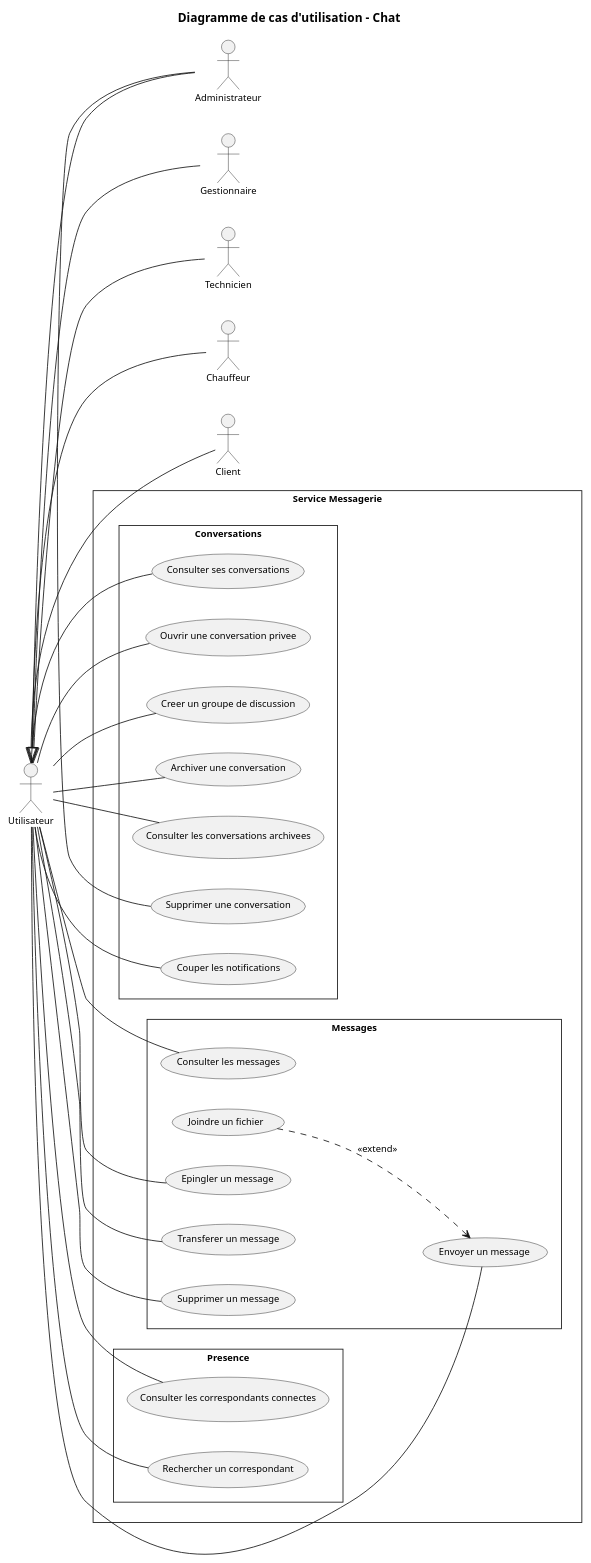
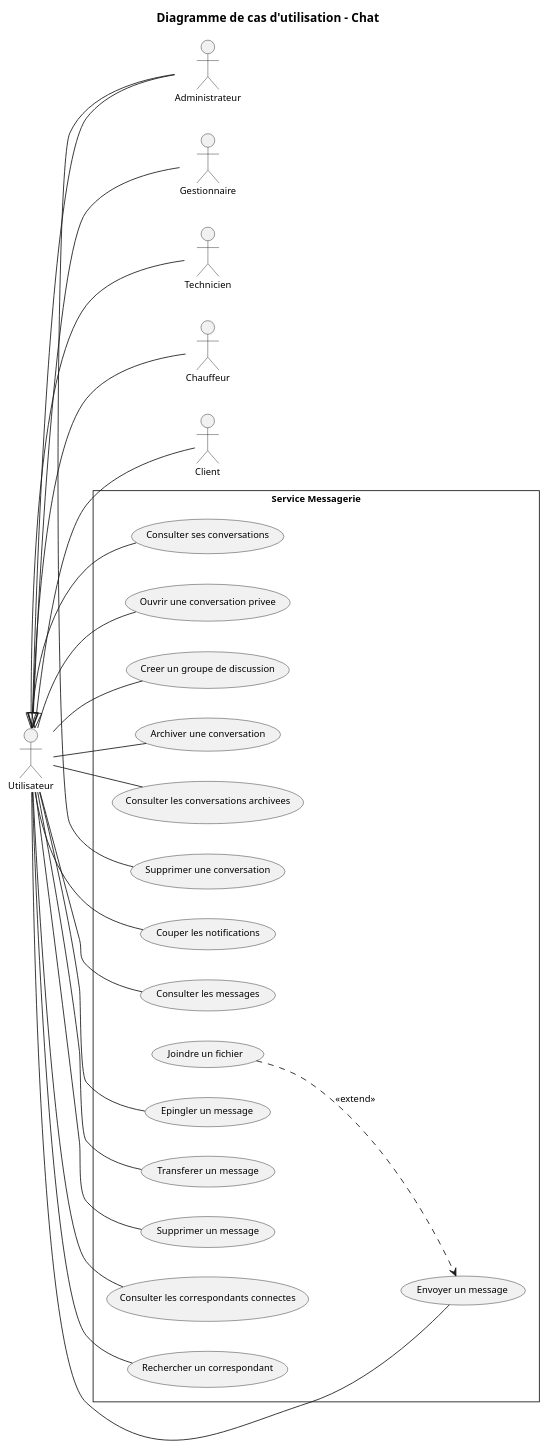
Before and after one commit to saber-barhoumi/Xpark-gmao: the diagram in docs/diagrams/microservices/Chat/Chat-usecase.puml, drawn with PlantUML. The commit also changed 37 other files, not shown here.

```diff
--- a/docs/diagrams/microservices/Chat/Chat-usecase.puml
+++ b/docs/diagrams/microservices/Chat/Chat-usecase.puml
@@ -1,68 +1,62 @@
 @startuml
 skinparam style strictuml
 skinparam packageStyle rectangle
 skinparam shadowing false
 skinparam defaultFontName Verdana
 skinparam defaultFontSize 11
 skinparam backgroundColor #FFFFFF
 left to right direction
 
 title Diagramme de cas d'utilisation - Chat
 
 ' Acteurs principaux (a gauche)
 actor "Utilisateur" as Utilisateur
 actor "Administrateur" as Administrateur
 actor "Gestionnaire" as Gestionnaire
 actor "Technicien" as Technicien
 actor "Chauffeur" as Chauffeur
 actor "Client" as Client
 
 Utilisateur <|-- Administrateur
 Utilisateur <|-- Gestionnaire
 Utilisateur <|-- Technicien
 Utilisateur <|-- Chauffeur
 Utilisateur <|-- Client
 
 rectangle "Service Messagerie" {
-  package "Conversations" {
-    usecase "Consulter ses conversations" as UC_Consulter_ses_conversations
-    usecase "Ouvrir une conversation privee" as UC_Ouvrir_une_conversation_privee
-    usecase "Creer un groupe de discussion" as UC_Creer_un_groupe_de_discussion
-    usecase "Archiver une conversation" as UC_Archiver_une_conversation
-    usecase "Consulter les conversations archivees" as UC_Consulter_les_conversations_archiv
-    usecase "Supprimer une conversation" as UC_Supprimer_une_conversation
-    usecase "Couper les notifications" as UC_Couper_les_notifications
-  }
-  package "Messages" {
-    usecase "Consulter les messages" as UC_Consulter_les_messages
-    usecase "Envoyer un message" as UC_Envoyer_un_message
-    usecase "Joindre un fichier" as UC_Joindre_un_fichier
-    usecase "Epingler un message" as UC_Epingler_un_message
-    usecase "Transferer un message" as UC_Transferer_un_message
-    usecase "Supprimer un message" as UC_Supprimer_un_message
-  }
-  package "Presence" {
-    usecase "Consulter les correspondants connectes" as UC_Consulter_les_correspondants_conne
-    usecase "Rechercher un correspondant" as UC_Rechercher_un_correspondant
-  }
+  usecase "Consulter ses conversations" as UC_Consulter_ses_conversations
+  usecase "Ouvrir une conversation privee" as UC_Ouvrir_une_conversation_privee
+  usecase "Creer un groupe de discussion" as UC_Creer_un_groupe_de_discussion
+  usecase "Archiver une conversation" as UC_Archiver_une_conversation
+  usecase "Consulter les conversations archivees" as UC_Consulter_les_conversations_archiv
+  usecase "Supprimer une conversation" as UC_Supprimer_une_conversation
+  usecase "Couper les notifications" as UC_Couper_les_notifications
+  usecase "Consulter les messages" as UC_Consulter_les_messages
+  usecase "Envoyer un message" as UC_Envoyer_un_message
+  usecase "Joindre un fichier" as UC_Joindre_un_fichier
+  usecase "Epingler un message" as UC_Epingler_un_message
+  usecase "Transferer un message" as UC_Transferer_un_message
+  usecase "Supprimer un message" as UC_Supprimer_un_message
+  usecase "Consulter les correspondants connectes" as UC_Consulter_les_correspondants_conne
+  usecase "Rechercher un correspondant" as UC_Rechercher_un_correspondant
 }
 
 ' Associations : trait continu sans fleche (UML : relation d'association)
 Utilisateur -- UC_Archiver_une_conversation
 Utilisateur -- UC_Consulter_les_conversations_archiv
 Utilisateur -- UC_Consulter_les_correspondants_conne
 Utilisateur -- UC_Consulter_les_messages
 Utilisateur -- UC_Consulter_ses_conversations
 Utilisateur -- UC_Couper_les_notifications
 Utilisateur -- UC_Creer_un_groupe_de_discussion
 Utilisateur -- UC_Envoyer_un_message
 Utilisateur -- UC_Epingler_un_message
 Utilisateur -- UC_Ouvrir_une_conversation_privee
 Utilisateur -- UC_Rechercher_un_correspondant
 Utilisateur -- UC_Supprimer_un_message
 Utilisateur -- UC_Transferer_un_message
 Administrateur -- UC_Supprimer_une_conversation
 
 UC_Joindre_un_fichier ..> UC_Envoyer_un_message : << extend >>
 
 @enduml
```
